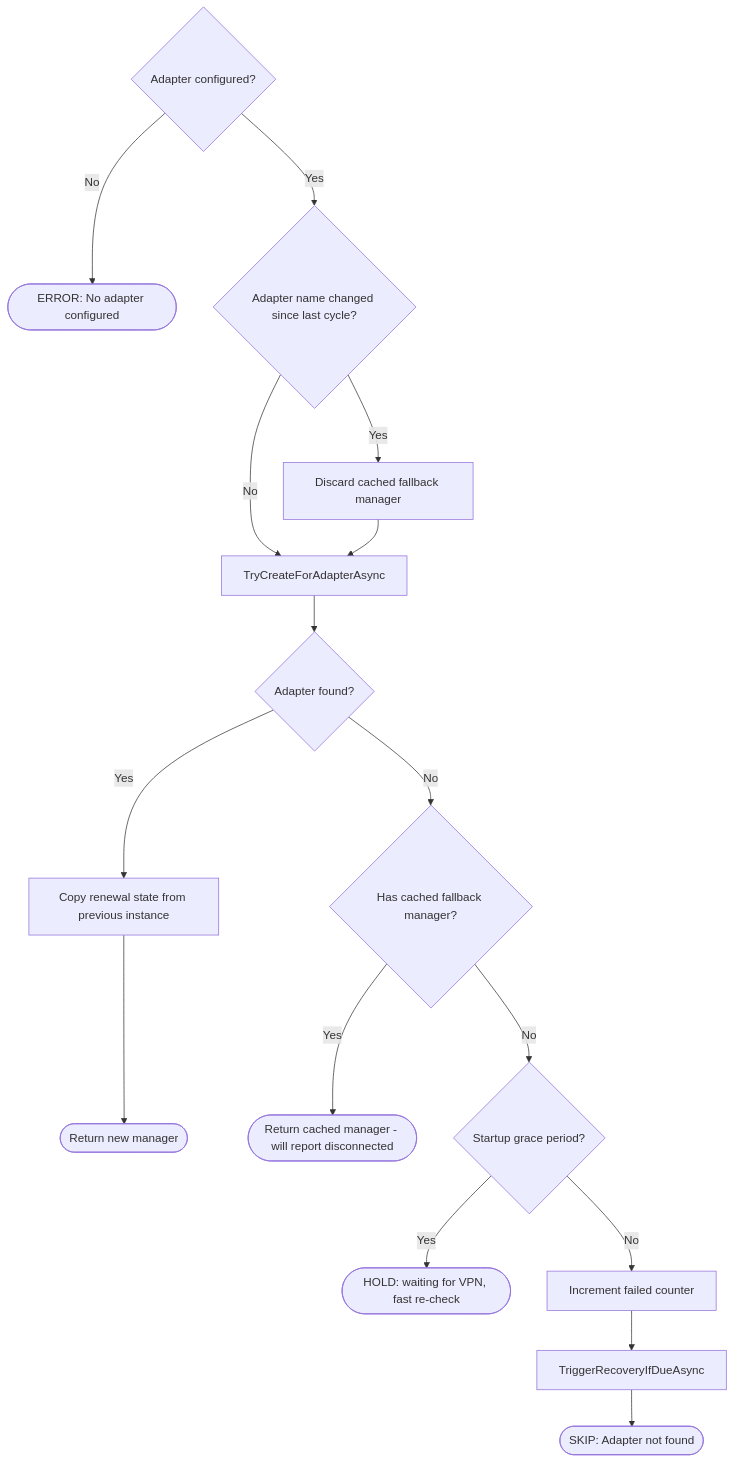
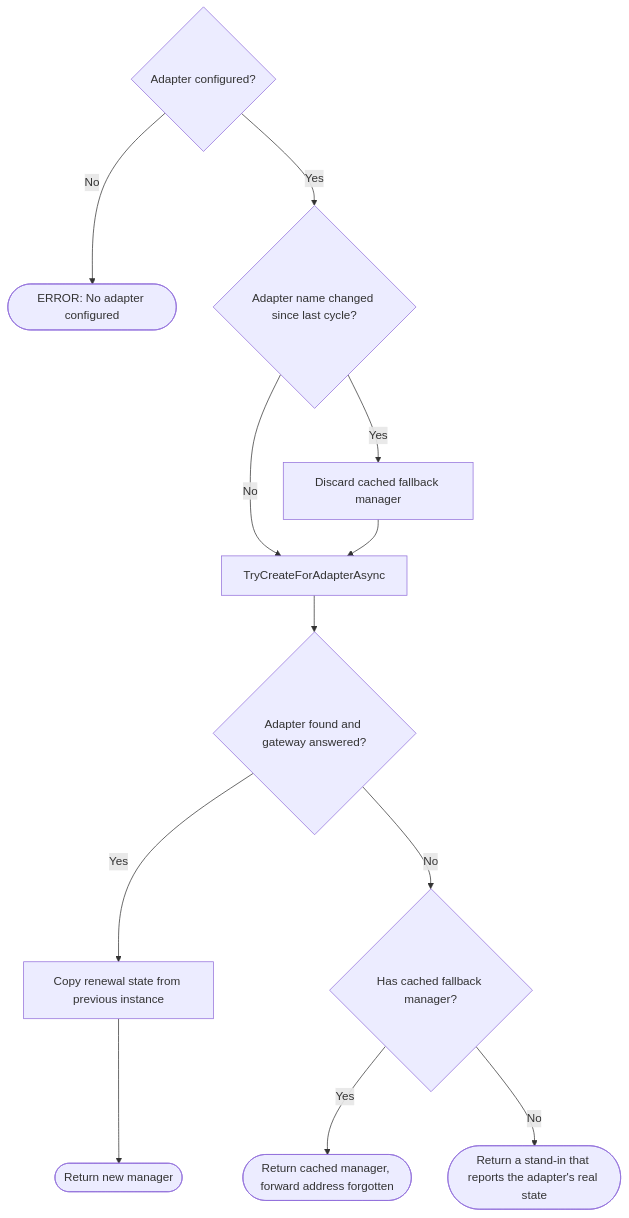
The second of 2 diagrams in docs/SYNC-CYCLE.md (martsg666/qbPortWeaver), drawn with Mermaid before and after one commit. The commit also changed other lines of this file and 74 other files, not shown here.

````diff
--- a/docs/SYNC-CYCLE.md
+++ b/docs/SYNC-CYCLE.md
@@ -103,18 +106,14 @@
 ```mermaid
 flowchart TD
     A{Adapter configured?} -- No --> ERR([ERROR: No adapter configured])
     A -- Yes --> B{Adapter name changed since last cycle?}
     B -- Yes --> DISCARD[Discard cached fallback manager]
     B -- No --> C
     DISCARD --> C[TryCreateForAdapterAsync]
-    C --> D{Adapter found?}
+    C --> D{Adapter found and gateway answered?}
     D -- Yes --> COPY[Copy renewal state from previous instance]
     COPY --> RETURN([Return new manager])
     D -- No --> E{Has cached fallback manager?}
-    E -- Yes --> FALLBACK([Return cached manager - will report disconnected])
-    E -- No --> GRACE{Startup grace period?}
-    GRACE -- Yes --> HOLD([HOLD: waiting for VPN, fast re-check])
-    GRACE -- No --> F[Increment failed counter]
-    F --> G[TriggerRecoveryIfDueAsync]
-    G --> SKIP_STATUS([SKIP: Adapter not found])
+    E -- Yes --> FALLBACK([Return cached manager, forward address forgotten])
+    E -- No --> STANDIN([Return a stand-in that reports the adapter's real state])
 ```
````
